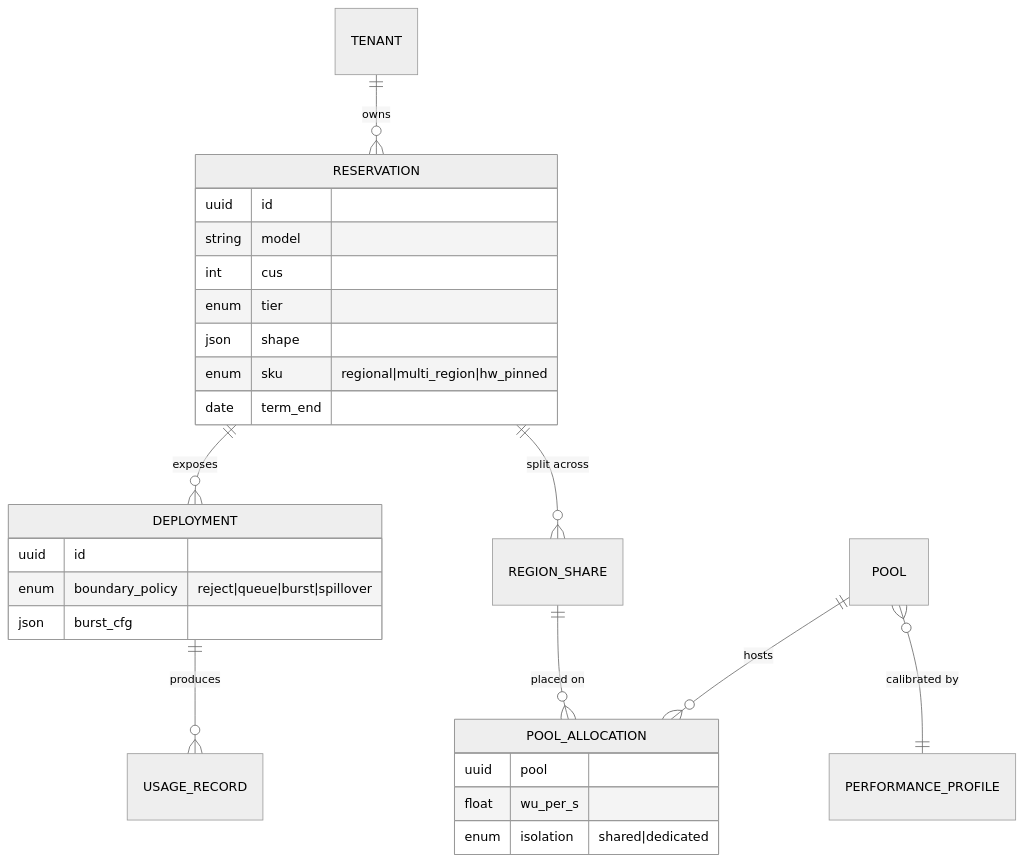
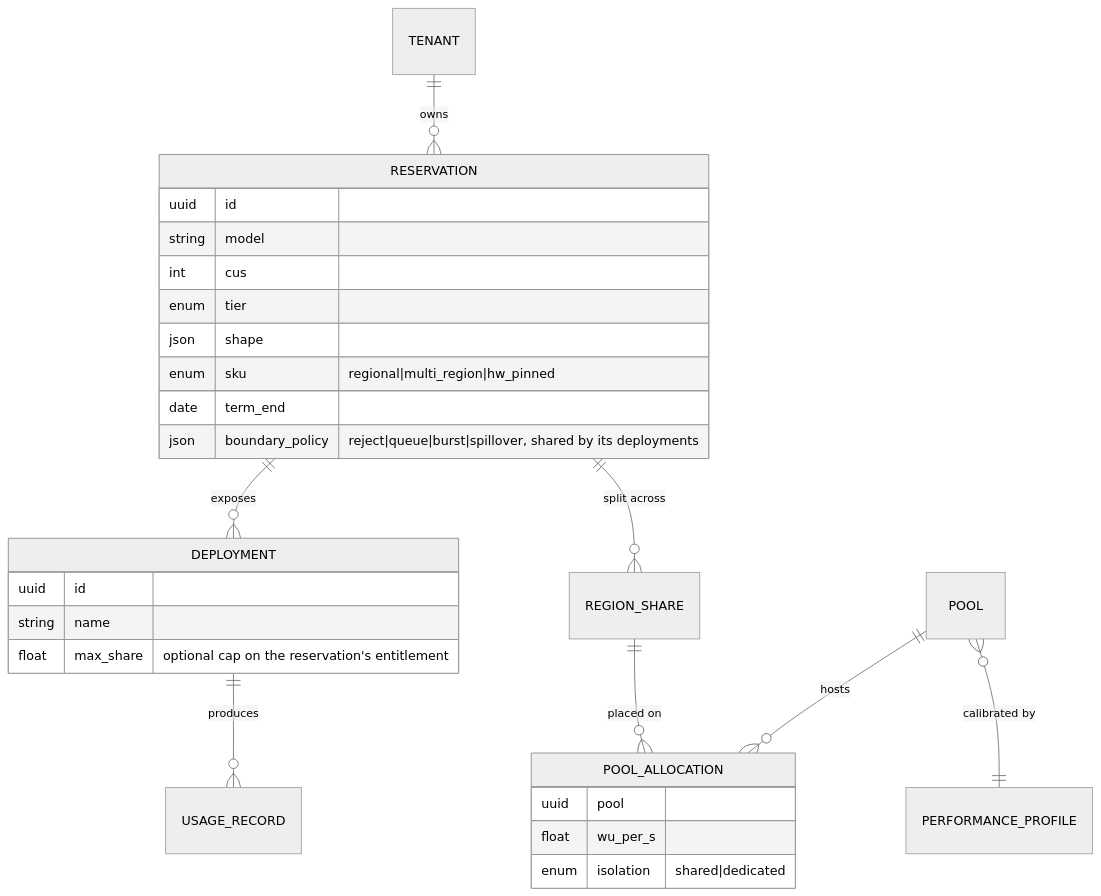
One commit to kishorda/provisioned-throughput changed the fourth of 4 diagrams in docs/03-system-architecture.md. Above: the diagram before and after it, drawn with Mermaid (neutral theme). The commit also changed 25 other files, not shown here.

First line of the commit message:
Support multiple deployments per reservation

````diff
--- a/docs/03-system-architecture.md
+++ b/docs/03-system-architecture.md
@@ -131,29 +131,30 @@
 ```mermaid
 erDiagram
   TENANT ||--o{ RESERVATION : owns
   RESERVATION ||--o{ DEPLOYMENT : exposes
   RESERVATION ||--o{ REGION_SHARE : "split across"
   REGION_SHARE ||--o{ POOL_ALLOCATION : "placed on"
   POOL ||--o{ POOL_ALLOCATION : hosts
   POOL }o--|| PERFORMANCE_PROFILE : "calibrated by"
   DEPLOYMENT ||--o{ USAGE_RECORD : produces
   RESERVATION {
     uuid id
     string model
     int cus
     enum tier
     json shape
     enum sku "regional|multi_region|hw_pinned"
     date term_end
+    json boundary_policy "reject|queue|burst|spillover, shared by its deployments"
   }
   DEPLOYMENT {
     uuid id
-    enum boundary_policy "reject|queue|burst|spillover"
-    json burst_cfg
+    string name
+    float max_share "optional cap on the reservation's entitlement"
   }
   POOL_ALLOCATION {
     uuid pool
     float wu_per_s
     enum isolation "shared|dedicated"
   }
 ```
````
